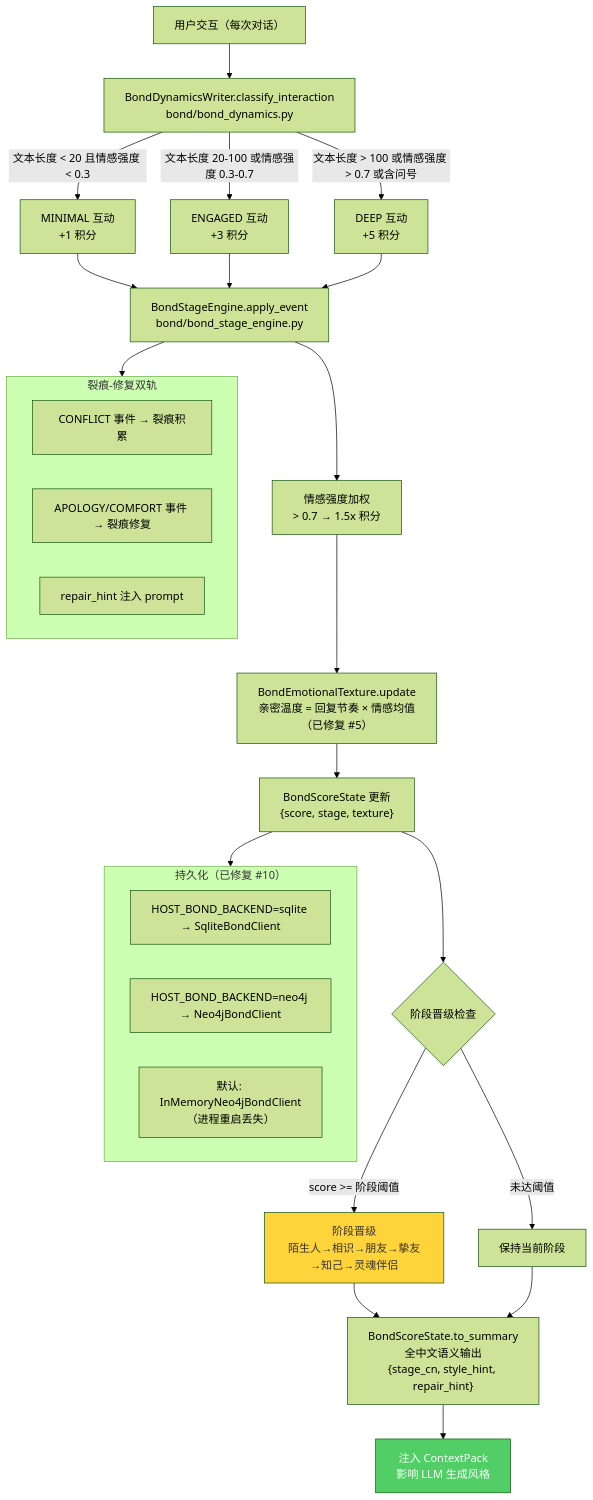
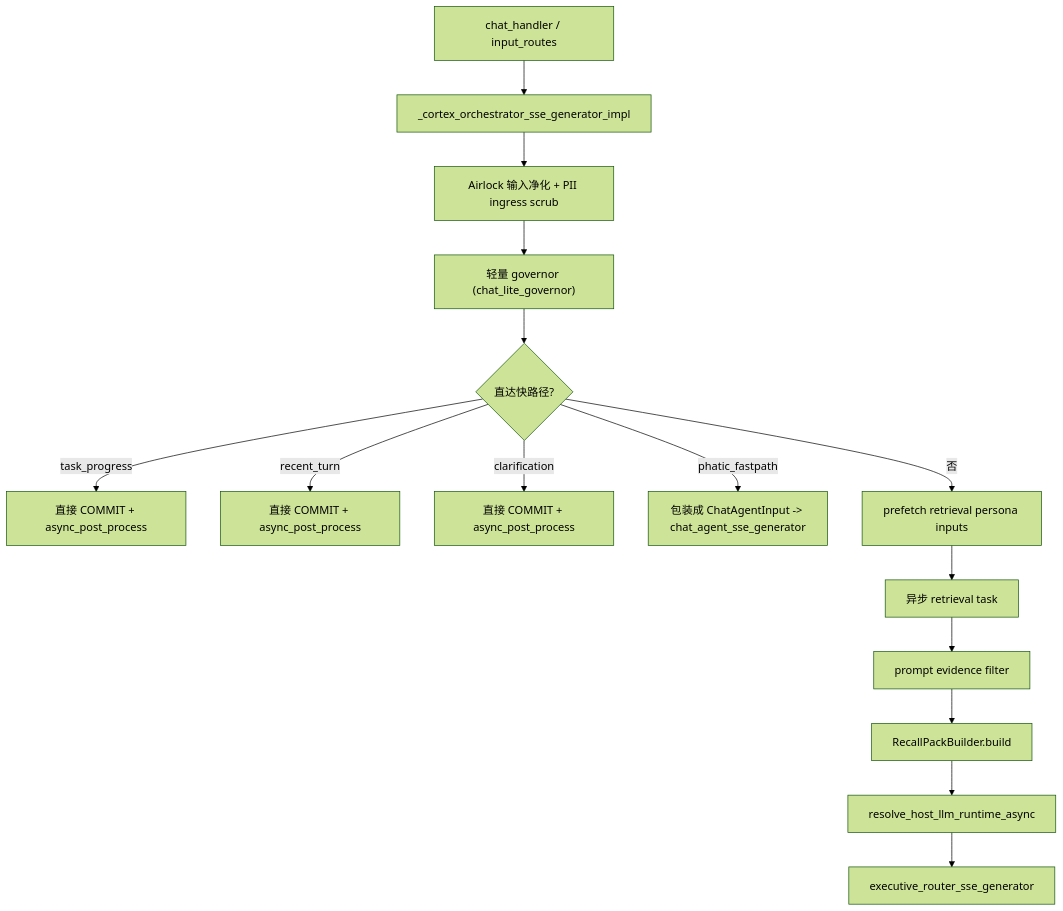
The first of 2 diagrams in docs/50_project/arch/dataflow_report.md (SakuraYoruno/Natsume_Ai), drawn with Mermaid (forest theme) before and after one commit. The commit also changed other lines of this file and 75 other files, not shown here.

Commit message:
docs: refresh architecture references and release notes

````diff
--- a/docs/50_project/arch/dataflow_report.md
+++ b/docs/50_project/arch/dataflow_report.md
@@ -693,40 +90,17 @@
 ```mermaid
 flowchart TD
-    A["用户交互（每次对话）"] --> B["BondDynamicsWriter.classify_interaction\nbond/bond_dynamics.py"]
-
-    B -->|"文本长度 < 20 且情感强度 < 0.3"| C["MINIMAL 互动\n+1 积分"]
-    B -->|"文本长度 20-100 或情感强度 0.3-0.7"| D["ENGAGED 互动\n+3 积分"]
-    B -->|"文本长度 > 100 或情感强度 > 0.7 或含问号"| E["DEEP 互动\n+5 积分"]
-
-    C & D & E --> F["BondStageEngine.apply_event\nbond/bond_stage_engine.py"]
-
-    F --> G["情感强度加权\n> 0.7 → 1.5x 积分"]
-    G --> H["BondEmotionalTexture.update\n亲密温度 = 回复节奏 × 情感均值（已修复 #5）"]
-    H --> I["BondScoreState 更新\n{score, stage, texture}"]
-
-    I --> J{阶段晋级检查}
-    J -->|"score >= 阶段阈值"| K["阶段晋级\n陌生人→相识→朋友→挚友→知己→灵魂伴侣"]
-    J -->|"未达阈值"| L["保持当前阶段"]
-
-    K & L --> M["BondScoreState.to_summary\n全中文语义输出\n{stage_cn, style_hint, repair_hint}"]
-    M --> N["注入 ContextPack\n影响 LLM 生成风格"]
-
-    subgraph RIFT["裂痕-修复双轨"]
-        RF1["CONFLICT 事件 → 裂痕积累"]
-        RF2["APOLOGY/COMFORT 事件 → 裂痕修复"]
-        RF3["repair_hint 注入 prompt"]
-    end
-
-    F --> RIFT
-
-    subgraph STORAGE["持久化（已修复 #10）"]
-        S1["HOST_BOND_BACKEND=sqlite → SqliteBondClient"]
-        S2["HOST_BOND_BACKEND=neo4j → Neo4jBondClient"]
-        S3["默认: InMemoryNeo4jBondClient（进程重启丢失）"]
-    end
-
-    I --> STORAGE
-
-    style K fill:#ffd43b,color:#333
-    style N fill:#51cf66,color:#fff
+    A["chat_handler / input_routes"] --> B["_cortex_orchestrator_sse_generator_impl"]
+    B --> C["Airlock 输入净化 + PII ingress scrub"]
+    C --> D["轻量 governor (chat_lite_governor)"]
+    D --> E{"直达快路径?"}
+    E -->|task_progress| F["直接 COMMIT + async_post_process"]
+    E -->|recent_turn| G["直接 COMMIT + async_post_process"]
+    E -->|clarification| H["直接 COMMIT + async_post_process"]
+    E -->|phatic_fastpath| I["包装成 ChatAgentInput -> chat_agent_sse_generator"]
+    E -->|否| J["prefetch retrieval persona inputs"]
+    J --> K["异步 retrieval task"]
+    K --> L["prompt evidence filter"]
+    L --> M["RecallPackBuilder.build"]
+    M --> N["resolve_host_llm_runtime_async"]
+    N --> O["executive_router_sse_generator"]
 ```
````
